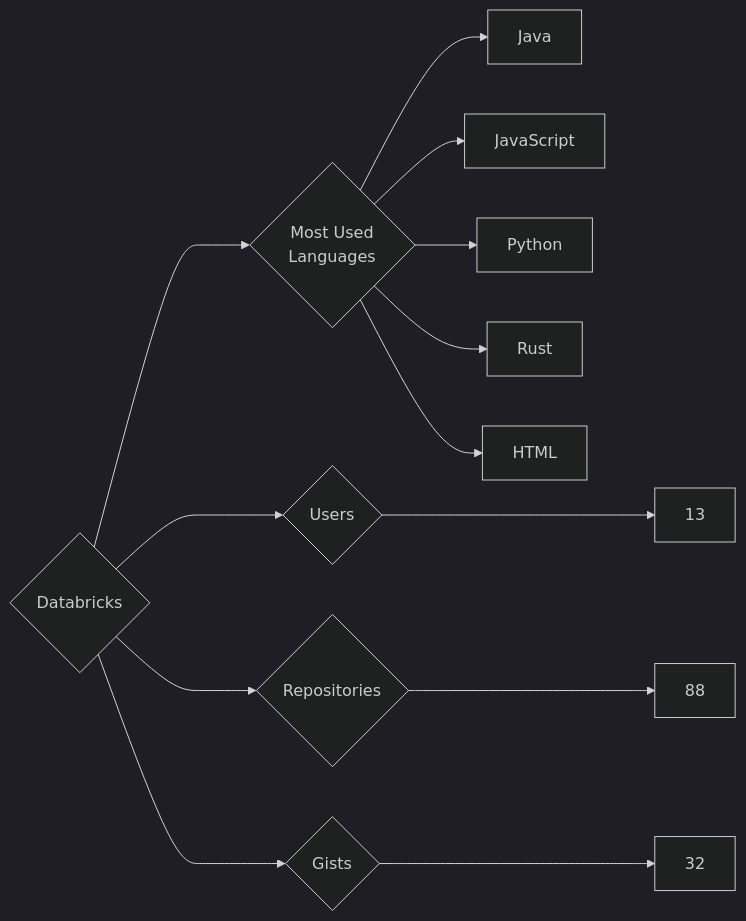
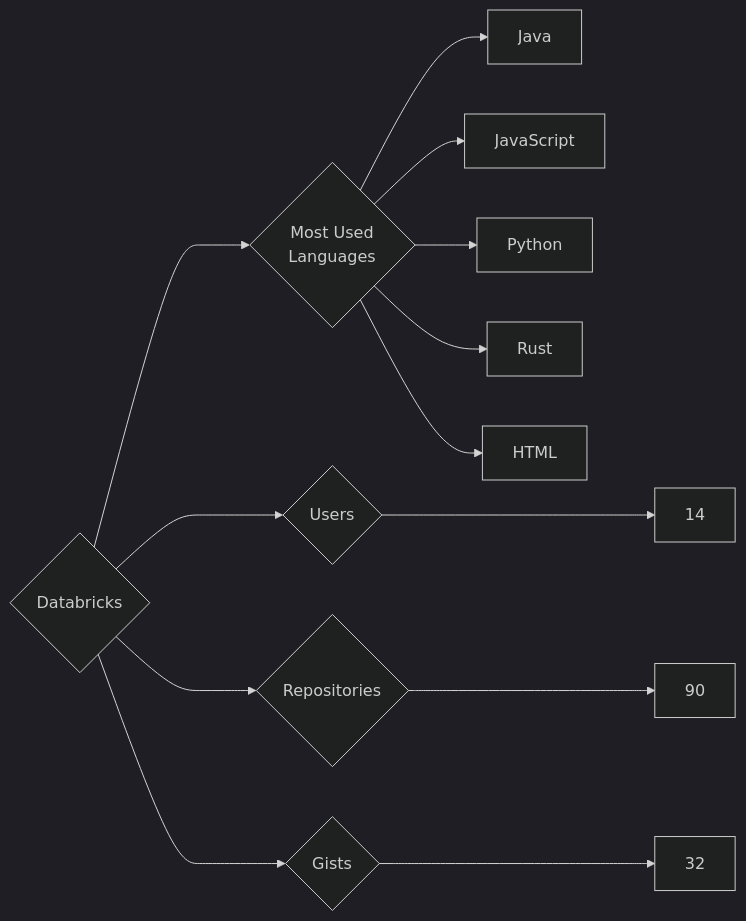
One commit to trickest/insiders changed the diagram in targets/Databricks/README.md. Above: the diagram before and after it, drawn with Mermaid (dark theme). The commit also changed 912 other files, not shown here.

````diff
--- a/targets/Databricks/README.md
+++ b/targets/Databricks/README.md
@@ -3,13 +3,13 @@
 ```mermaid
 graph LR
 COMPANY_NAME{Databricks}
-COMPANY_NAME ---> U{Users} ---> UN[13]
-COMPANY_NAME ---> R{Repositories} ---> RN[88]
+COMPANY_NAME ---> U{Users} ---> UN[14]
+COMPANY_NAME ---> R{Repositories} ---> RN[90]
 COMPANY_NAME ---> G{Gists} ---> GN[32]
 COMPANY_NAME ---> ML{Most Used<br>Languages}
 ML --> Java[Java]
 ML --> JavaScript[JavaScript]
 ML --> Python[Python]
 ML --> Rust[Rust]
 ML --> HTML[HTML]
 ```
````
